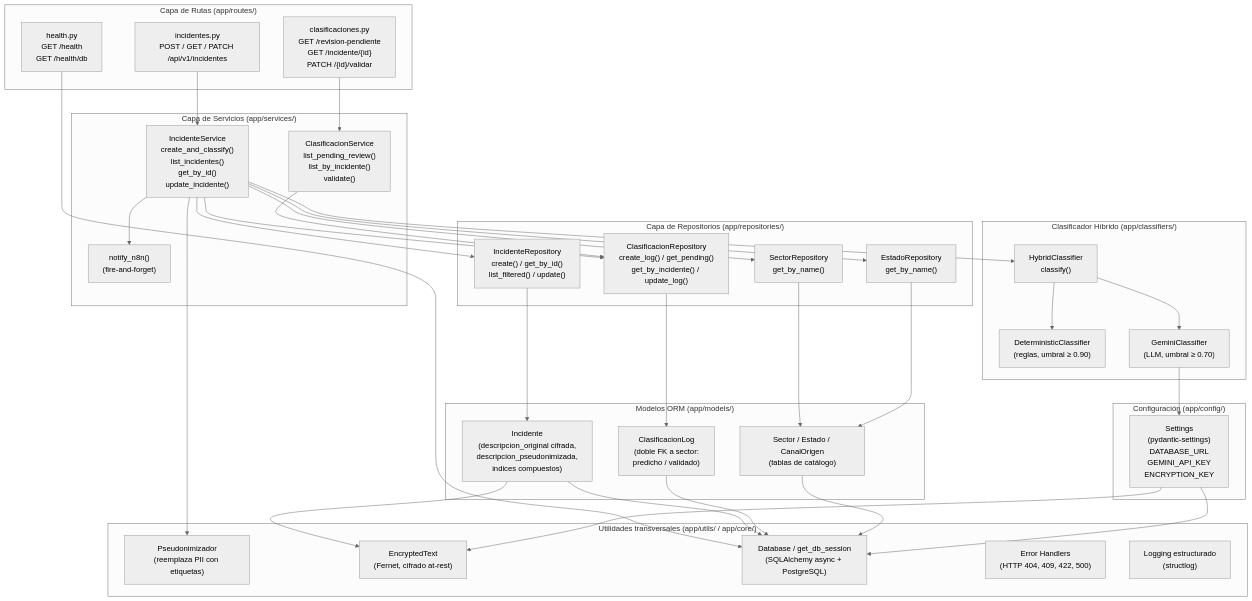
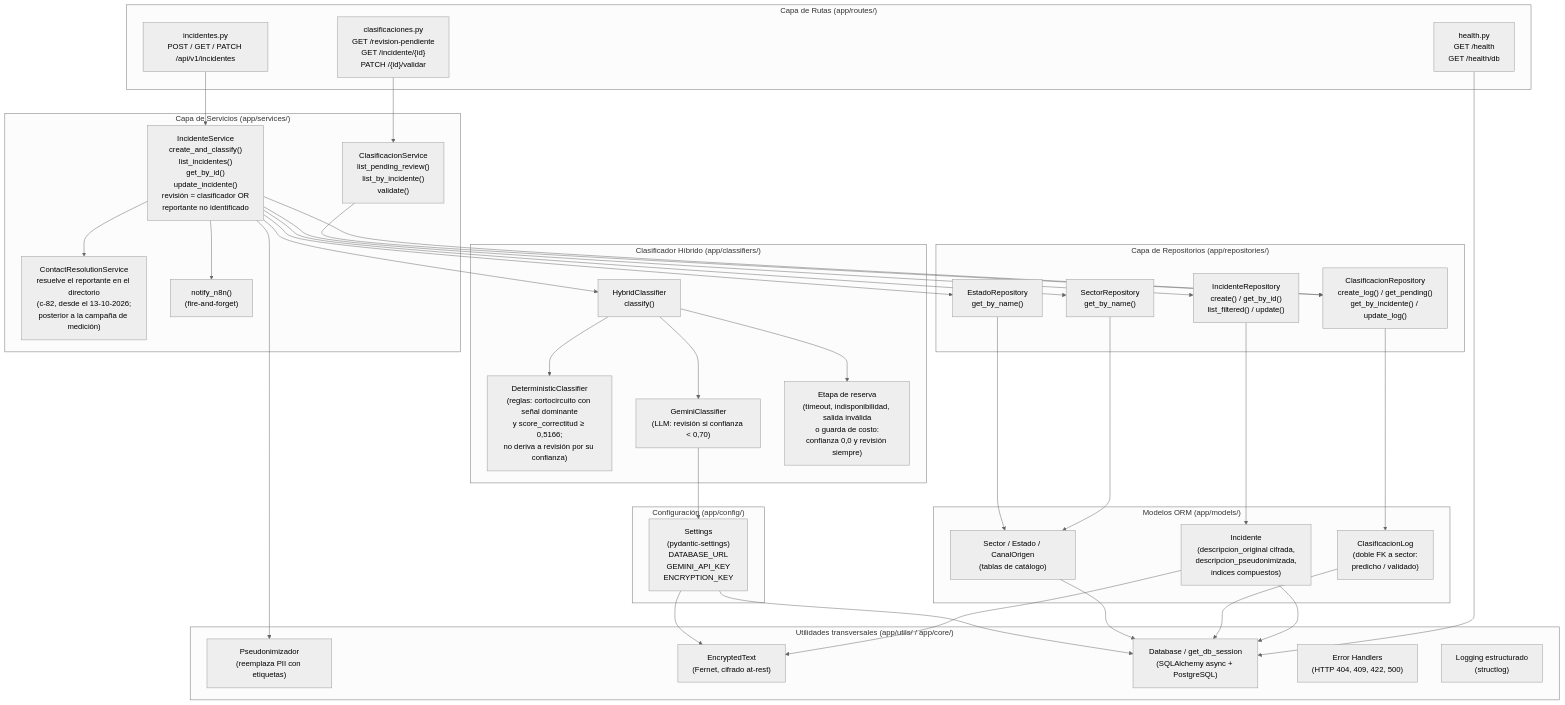
Before and after one commit to lucaGomezB/Automatizacion-de-Mesa-de-Ayuda-N8N: the diagram in docs/diagrams/componentes.md, drawn with Mermaid (neutral theme). The commit also changed 62 other files, not shown here.

````diff
--- a/docs/diagrams/componentes.md
+++ b/docs/diagrams/componentes.md
@@ -7,77 +7,81 @@
 ```mermaid
 graph TD
     subgraph Routes["Capa de Rutas (app/routes/)"]
-        RI["incidentes.py\nPOST / GET / PATCH /api/v1/incidentes"]
-        RC["clasificaciones.py\nGET /revision-pendiente\nGET /incidente/{id}\nPATCH /{id}/validar"]
-        RH["health.py\nGET /health\nGET /health/db"]
+        RI["incidentes.py<br/>POST / GET / PATCH /api/v1/incidentes"]
+        RC["clasificaciones.py<br/>GET /revision-pendiente<br/>GET /incidente/{id}<br/>PATCH /{id}/validar"]
+        RH["health.py<br/>GET /health<br/>GET /health/db"]
     end
 
     subgraph Services["Capa de Servicios (app/services/)"]
-        SI["IncidenteService\ncreate_and_classify()\nlist_incidentes()\nget_by_id()\nupdate_incidente()"]
-        SC["ClasificacionService\nlist_pending_review()\nlist_by_incidente()\nvalidate()"]
-        SN["notify_n8n()\n(fire-and-forget)"]
+        SI["IncidenteService<br/>create_and_classify()<br/>list_incidentes()<br/>get_by_id()<br/>update_incidente()<br/>revisión = clasificador OR<br/>reportante no identificado"]
+        SCR["ContactResolutionService<br/>resuelve el reportante en el directorio<br/>(c-82, desde el 13-10-2026;<br/>posterior a la campaña de medición)"]
+        SC["ClasificacionService<br/>list_pending_review()<br/>list_by_incidente()<br/>validate()"]
+        SN["notify_n8n()<br/>(fire-and-forget)"]
     end
 
     subgraph Classifiers["Clasificador Híbrido (app/classifiers/)"]
-        CH["HybridClassifier\nclassify()"]
-        CD["DeterministicClassifier\n(reglas, umbral ≥ 0.90)"]
-        CG["GeminiClassifier\n(LLM, umbral ≥ 0.70)"]
+        CH["HybridClassifier<br/>classify()"]
+        CD["DeterministicClassifier<br/>(reglas: cortocircuito con señal dominante<br/>y score_correctitud ≥ 0,5166;<br/>no deriva a revisión por su confianza)"]
+        CG["GeminiClassifier<br/>(LLM: revisión si confianza &lt; 0,70)"]
+        CR["Etapa de reserva<br/>(timeout, indisponibilidad, salida inválida<br/>o guarda de costo:<br/>confianza 0,0 y revisión siempre)"]
     end
 
     subgraph Repositories["Capa de Repositorios (app/repositories/)"]
-        RIR["IncidenteRepository\ncreate() / get_by_id()\nlist_filtered() / update()"]
-        RCR["ClasificacionRepository\ncreate_log() / get_pending()\nget_by_incidente() / update_log()"]
-        RSR["SectorRepository\nget_by_name()"]
-        RER["EstadoRepository\nget_by_name()"]
+        RIR["IncidenteRepository<br/>create() / get_by_id()<br/>list_filtered() / update()"]
+        RCR["ClasificacionRepository<br/>create_log() / get_pending()<br/>get_by_incidente() / update_log()"]
+        RSR["SectorRepository<br/>get_by_name()"]
+        RER["EstadoRepository<br/>get_by_name()"]
     end
 
     subgraph Models["Modelos ORM (app/models/)"]
-        MI["Incidente\n(descripcion_original cifrada,\ndescripcion_pseudonimizada,\nindices compuestos)"]
-        MCL["ClasificacionLog\n(doble FK a sector:\npredicho / validado)"]
-        MS["Sector / Estado / CanalOrigen\n(tablas de catálogo)"]
+        MI["Incidente<br/>(descripcion_original cifrada,<br/>descripcion_pseudonimizada,<br/>indices compuestos)"]
+        MCL["ClasificacionLog<br/>(doble FK a sector:<br/>predicho / validado)"]
+        MS["Sector / Estado / CanalOrigen<br/>(tablas de catálogo)"]
     end
 
     subgraph Utils["Utilidades transversales (app/utils/ / app/core/)"]
-        UP["Pseudonimizador\n(reemplaza PII con etiquetas)"]
-        UE["EncryptedText\n(Fernet, cifrado at-rest)"]
-        DB["Database / get_db_session\n(SQLAlchemy async + PostgreSQL)"]
-        ER["Error Handlers\n(HTTP 404, 409, 422, 500)"]
-        LOG["Logging estructurado\n(structlog)"]
+        UP["Pseudonimizador<br/>(reemplaza PII con etiquetas)"]
+        UE["EncryptedText<br/>(Fernet, cifrado at-rest)"]
+        DB["Database / get_db_session<br/>(SQLAlchemy async + PostgreSQL)"]
+        ER["Error Handlers<br/>(HTTP 404, 409, 422, 500)"]
+        LOG["Logging estructurado<br/>(structlog)"]
     end
 
     subgraph Config["Configuración (app/config/)"]
-        SET["Settings\n(pydantic-settings)\nDATABASE_URL\nGEMINI_API_KEY\nENCRYPTION_KEY"]
+        SET["Settings<br/>(pydantic-settings)<br/>DATABASE_URL<br/>GEMINI_API_KEY<br/>ENCRYPTION_KEY"]
     end
 
     %% Dependencias entre capas
     RI --> SI
     RC --> SC
     RH --> DB
 
     SI --> RIR
     SI --> RCR
     SI --> RSR
     SI --> RER
     SI --> CH
     SI --> UP
     SI --> SN
+    SI --> SCR
 
     SC --> RCR
 
     CH --> CD
     CH --> CG
+    CH --> CR
     CG --> SET
 
     RIR --> MI
     RCR --> MCL
     RSR --> MS
     RER --> MS
 
     MI --> UE
     MI --> DB
     MCL --> DB
     MS --> DB
 
     SET --> DB
     SET --> UE
 ```
````
